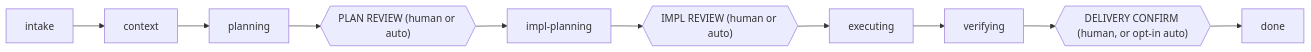
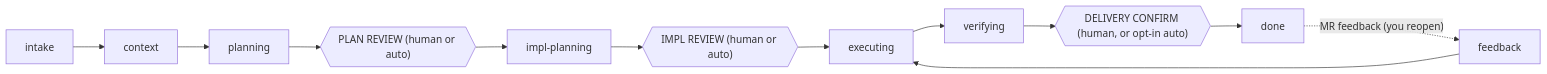
One commit to hakkasuru/morpheus-os changed the diagram in README.md. Above: the diagram before and after it, drawn with Mermaid. The commit also changed other lines of this file and 8 other files, not shown here.

````diff
--- a/README.md
+++ b/README.md
@@ -27,10 +27,12 @@
 ```mermaid
 flowchart LR
     intake --> context --> planning
     planning --> plan_review{{"PLAN REVIEW (human or auto)"}}
     plan_review --> impl_planning["impl-planning"]
     impl_planning --> impl_review{{"IMPL REVIEW (human or auto)"}}
     impl_review --> executing --> verifying
     verifying --> delivery_confirm{{"DELIVERY CONFIRM (human, or opt-in auto)"}}
     delivery_confirm --> done
+    done -. "MR feedback (you reopen)" .-> feedback
+    feedback --> executing
 ```
````
